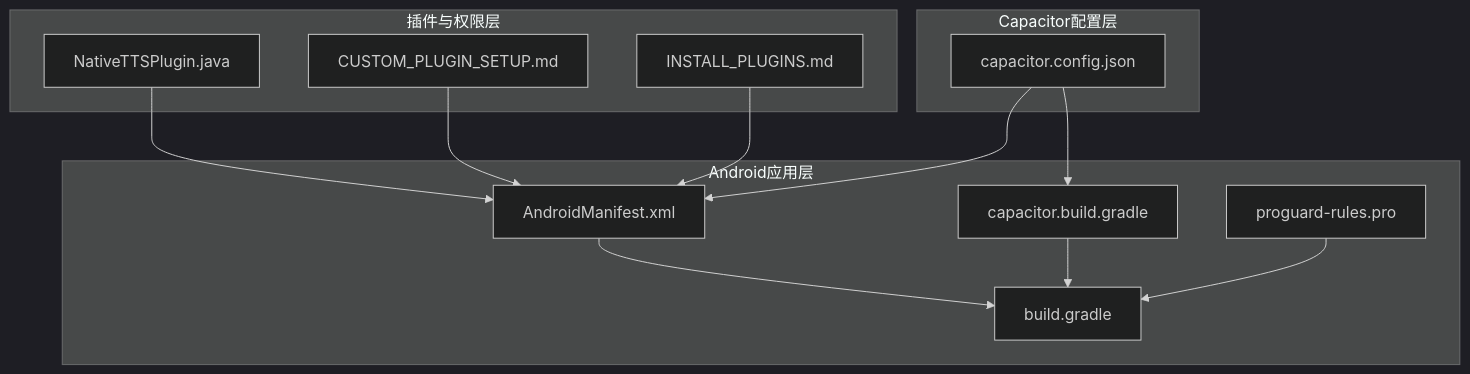
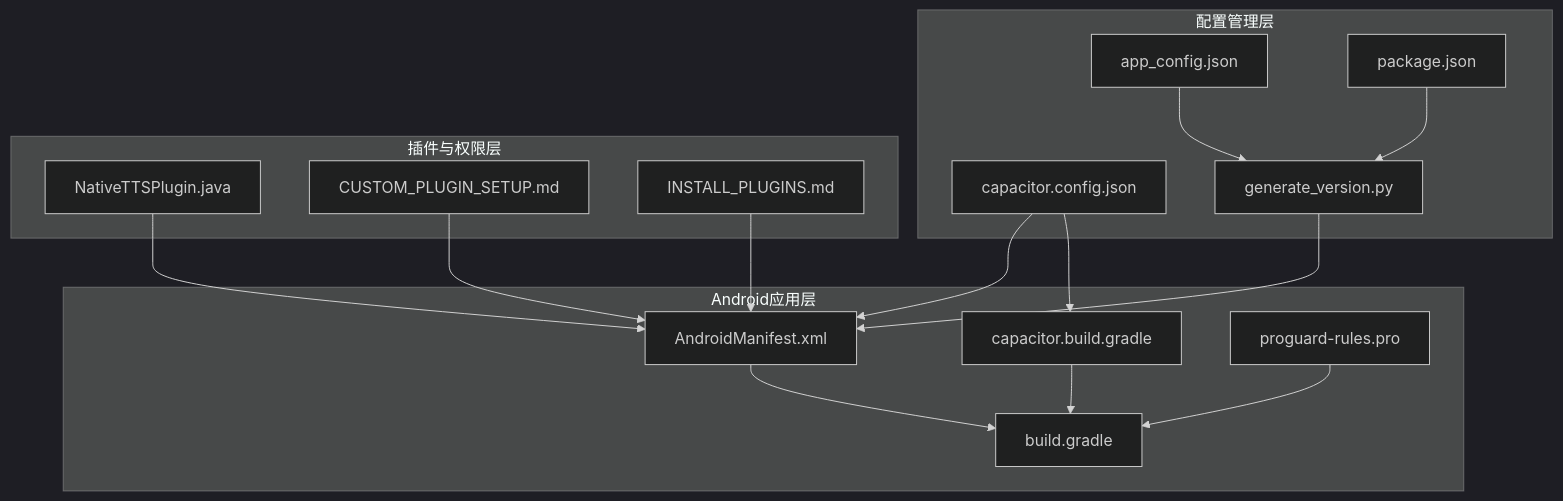
One commit to zhao-zg/cx changed the first of 4 diagrams in .qoder/repowiki/zh/content/移动应用开发/Android应用配置.md. Above: the diagram before and after it, drawn with Mermaid (dark theme). The commit also changed other lines of this file and 30 other files, not shown here.

````diff
--- a/.qoder/repowiki/zh/content/移动应用开发/Android应用配置.md
+++ b/.qoder/repowiki/zh/content/移动应用开发/Android应用配置.md
@@ -47,25 +59,31 @@
 ```mermaid
 graph TB
 subgraph "Android应用层"
 AMF["AndroidManifest.xml"]
 BG["build.gradle"]
 CBG["capacitor.build.gradle"]
 PR["proguard-rules.pro"]
 end
-subgraph "Capacitor配置层"
+subgraph "配置管理层"
 CFG["capacitor.config.json"]
+ACFG["app_config.json"]
+GV["generate_version.py"]
+PKG["package.json"]
 end
 subgraph "插件与权限层"
 NTP["NativeTTSPlugin.java"]
 DOC1["CUSTOM_PLUGIN_SETUP.md"]
 DOC2["INSTALL_PLUGINS.md"]
 end
 CFG --> AMF
 CFG --> CBG
+ACFG --> GV
+GV --> AMF
+PKG --> GV
 AMF --> BG
 CBG --> BG
 PR --> BG
 NTP --> AMF
 DOC1 --> AMF
 DOC2 --> AMF
 ```
````
